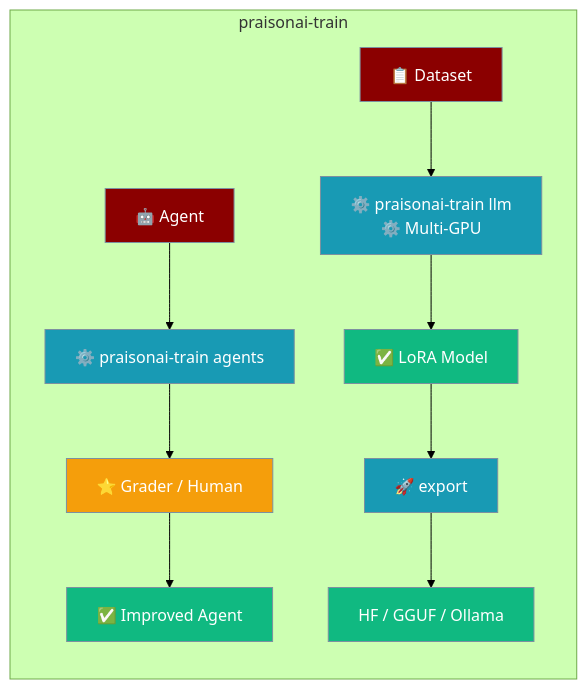
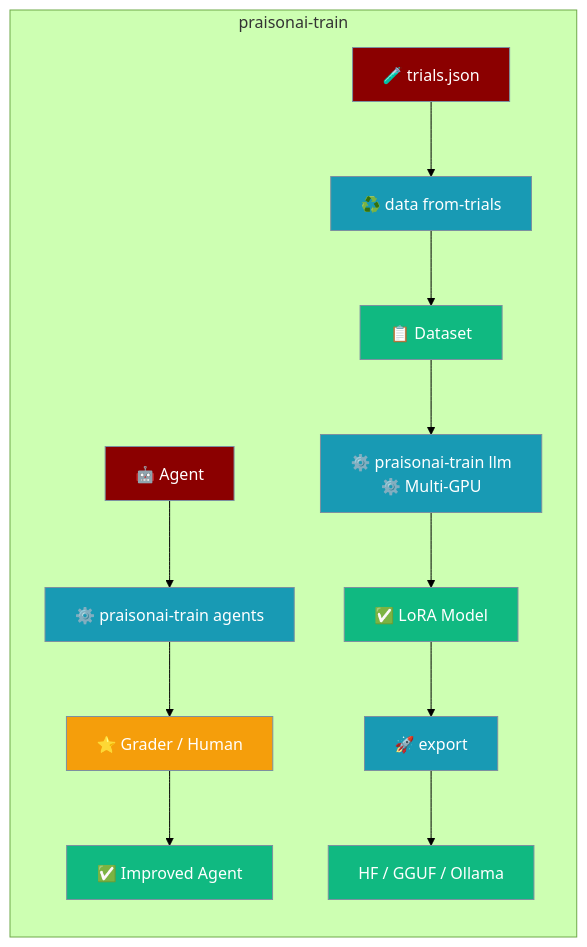
One commit to MervinPraison/PraisonAIDocs changed the first of 4 diagrams in docs/features/praisonai-train-package.mdx. Above: the diagram before and after it, drawn with Mermaid (forest theme). The commit also changed other lines of this file and 3 other files, not shown here.

Commit message:
docs: add `praisonai-train data from-trials` (trials→SFT export) (fixes #2356)

````diff
--- a/docs/features/praisonai-train-package.mdx
+++ b/docs/features/praisonai-train-package.mdx
@@ -10,22 +10,24 @@
 ```mermaid
 graph LR
     subgraph "praisonai-train"
         Agent[🤖 Agent] --> Train[⚙️ praisonai-train agents]
         Train --> Grade[⭐ Grader / Human]
         Grade --> Better[✅ Improved Agent]
-        Data[📋 Dataset] --> LLM["⚙️ praisonai-train llm<br/>⚙️ Multi-GPU"]
+        Trials[🧪 trials.json] --> FromTrials[♻️ data from-trials]
+        FromTrials --> Data[📋 Dataset]
+        Data --> LLM["⚙️ praisonai-train llm<br/>⚙️ Multi-GPU"]
         LLM --> Model[✅ LoRA Model]
         Model --> Export[🚀 export]
         Export --> Dest[HF / GGUF / Ollama]
     end
 
     classDef input fill:#8B0000,stroke:#7C90A0,color:#fff
     classDef process fill:#189AB4,stroke:#7C90A0,color:#fff
     classDef grade fill:#F59E0B,stroke:#7C90A0,color:#fff
     classDef output fill:#10B981,stroke:#7C90A0,color:#fff
 
-    class Agent,Data input
-    class Train,LLM,Export process
+    class Agent,Trials input
+    class Train,LLM,Export,FromTrials process
     class Grade grade
-    class Better,Model,Dest output
+    class Better,Data,Model,Dest output
 ```
````
